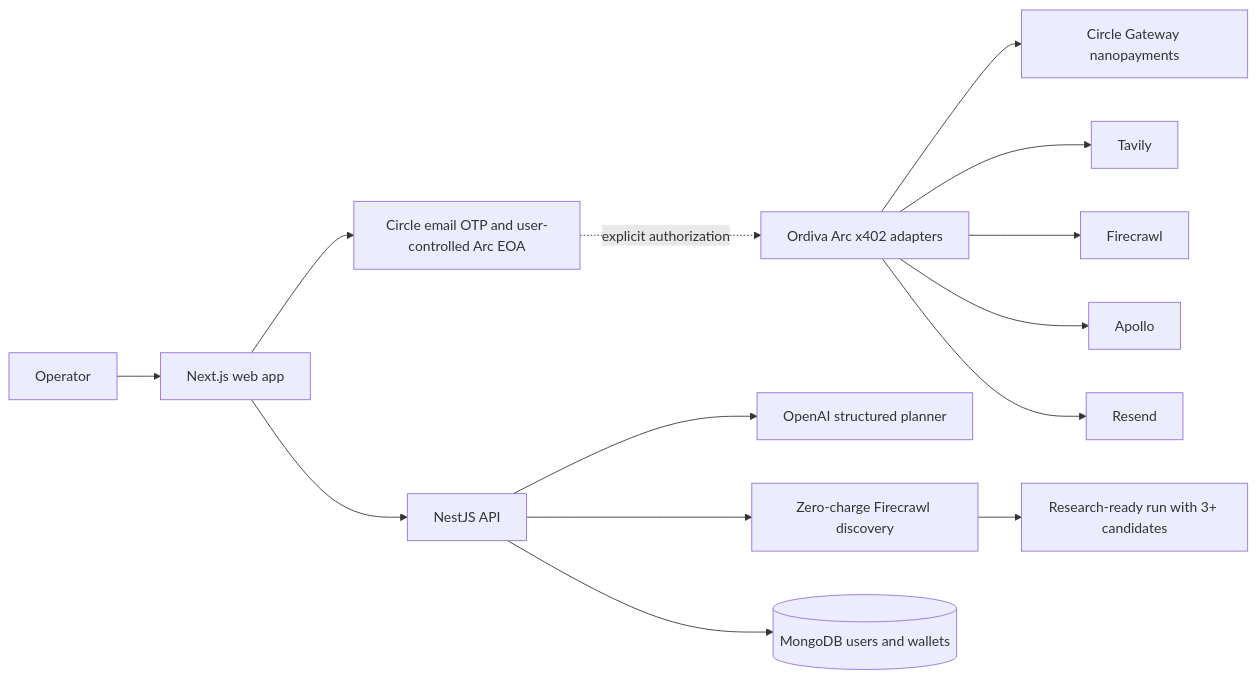
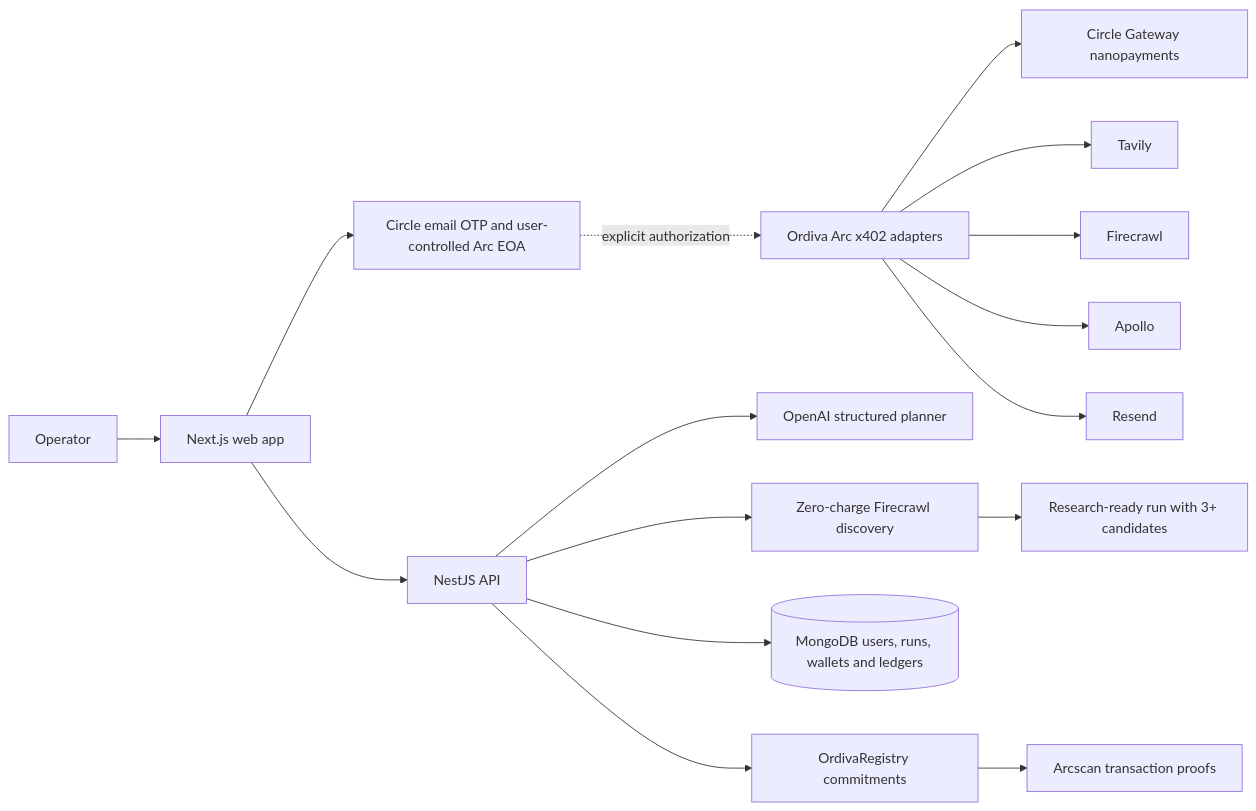
Before and after one commit to velikanghost/ordiva: the diagram in README.md, drawn with Mermaid. The commit also changed other lines of this file, not shown here.

````diff
--- a/README.md
+++ b/README.md
@@ -119,19 +96,21 @@
 ```mermaid
 flowchart LR
     U[Operator] --> W[Next.js web app]
     W --> C[Circle email OTP and user-controlled Arc EOA]
     W --> A[NestJS API]
 
     A --> O[OpenAI structured planner]
     A --> D[Zero-charge Firecrawl discovery]
     D --> R[Research-ready run with 3+ candidates]
 
     C -. explicit authorization .-> X[Ordiva Arc x402 adapters]
     X --> G[Circle Gateway nanopayments]
     X --> T[Tavily]
     X --> F[Firecrawl]
     X --> P[Apollo]
     X --> E[Resend]
 
-    A --> M[(MongoDB users and wallets)]
+    A --> M[(MongoDB users, runs, wallets and ledgers)]
+    A --> Q[OrdivaRegistry commitments]
+    Q --> S[Arcscan transaction proofs]
 ```
````
